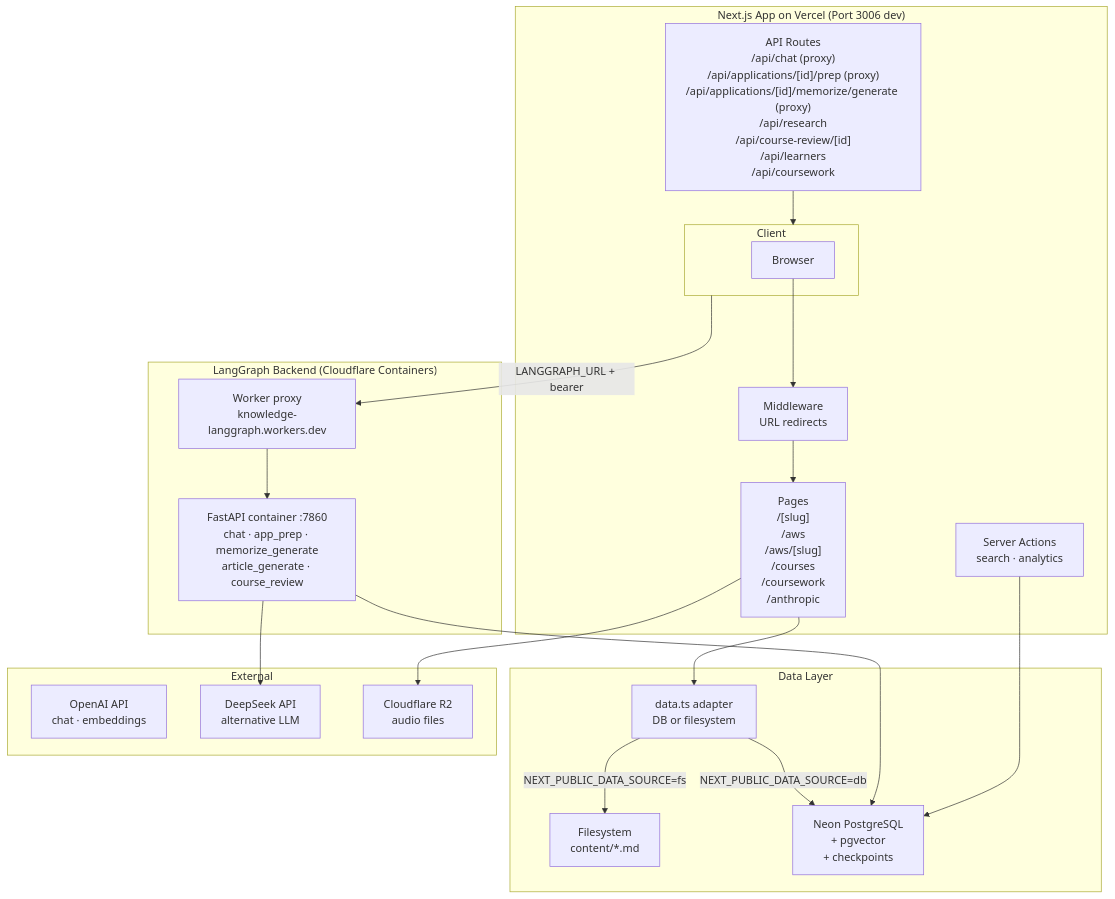
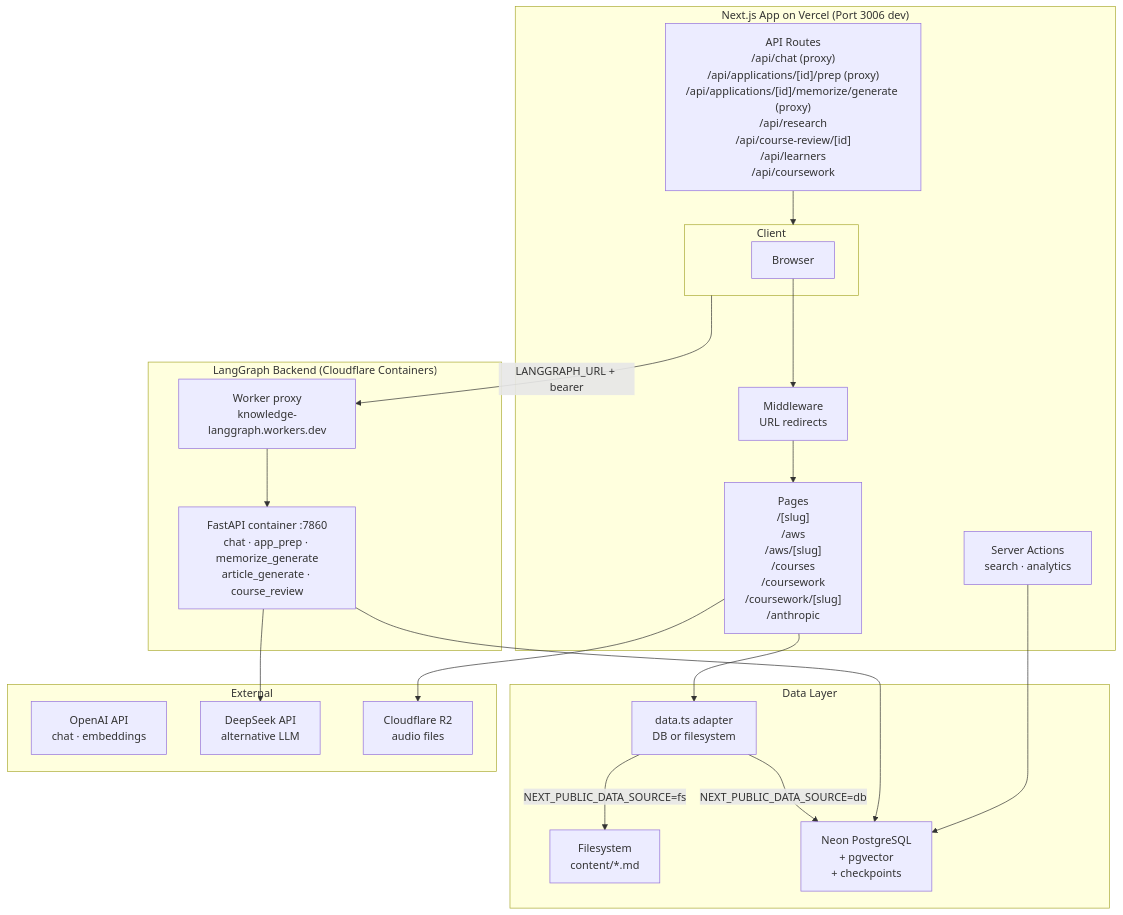
Before and after one commit to v9ai/ai-apps: the first of 8 diagrams in apps/knowledge/README.md, drawn with Mermaid. The commit also changed other lines of this file and 14 other files, not shown here.

````diff
--- a/apps/knowledge/README.md
+++ b/apps/knowledge/README.md
@@ -18,44 +18,44 @@
 ```mermaid
 graph TD
     subgraph Client
         Browser["Browser"]
     end
 
     subgraph Next.js["Next.js App on Vercel (Port 3006 dev)"]
-        Pages["Pages\n/[slug]\n/aws\n/aws/[slug]\n/courses\n/coursework\n/anthropic"]
+        Pages["Pages\n/[slug]\n/aws\n/aws/[slug]\n/courses\n/coursework\n/coursework/[slug]\n/anthropic"]
         API["API Routes\n/api/chat (proxy)\n/api/applications/[id]/prep (proxy)\n/api/applications/[id]/memorize/generate (proxy)\n/api/research\n/api/course-review/[id]\n/api/learners\n/api/coursework"]
         Client["src/lib/langgraph-client.ts\nPOST /runs/wait"]
         SA["Server Actions\nsearch · analytics"]
         MW["Middleware\nURL redirects"]
     end
 
     subgraph LangGraph["LangGraph Backend (Cloudflare Containers)"]
         Worker["Worker proxy\nknowledge-langgraph.workers.dev"]
         Container["FastAPI container :7860\nchat · app_prep · memorize_generate\narticle_generate · course_review"]
     end
 
     subgraph Data["Data Layer"]
         Adapter["data.ts adapter\nDB or filesystem"]
         FS["Filesystem\ncontent/*.md"]
         DB["Neon PostgreSQL\n+ pgvector\n+ checkpoints"]
     end
 
     subgraph External
         OpenAI["OpenAI API\nchat · embeddings"]
         DeepSeek["DeepSeek API\nalternative LLM"]
         R2["Cloudflare R2\naudio files"]
     end
 
     Browser --> MW
     MW --> Pages
     Pages --> Adapter
     SA --> DB
     API --> Client
     Client -->|LANGGRAPH_URL + bearer| Worker
     Worker --> Container
     Container --> DeepSeek
     Container --> DB
     Adapter -->|NEXT_PUBLIC_DATA_SOURCE=db| DB
     Adapter -->|NEXT_PUBLIC_DATA_SOURCE=fs| FS
     Pages --> R2
 ```
````
